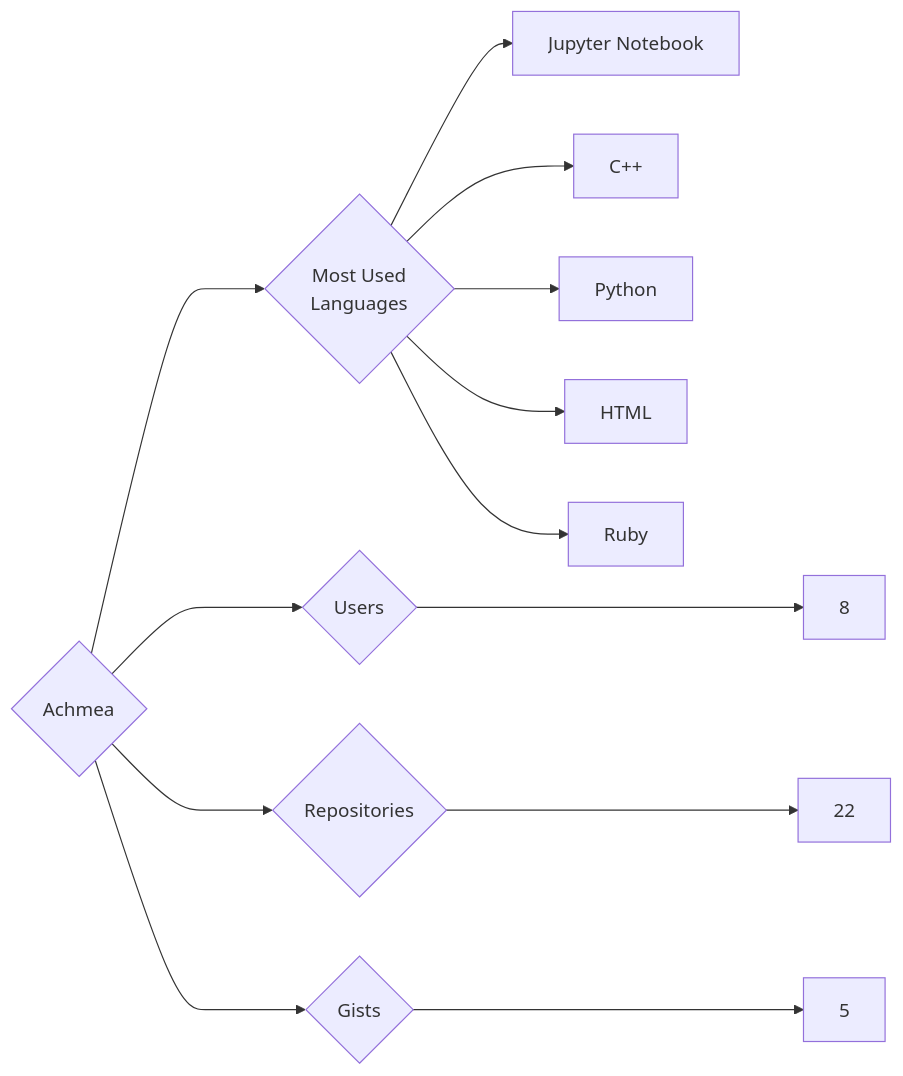
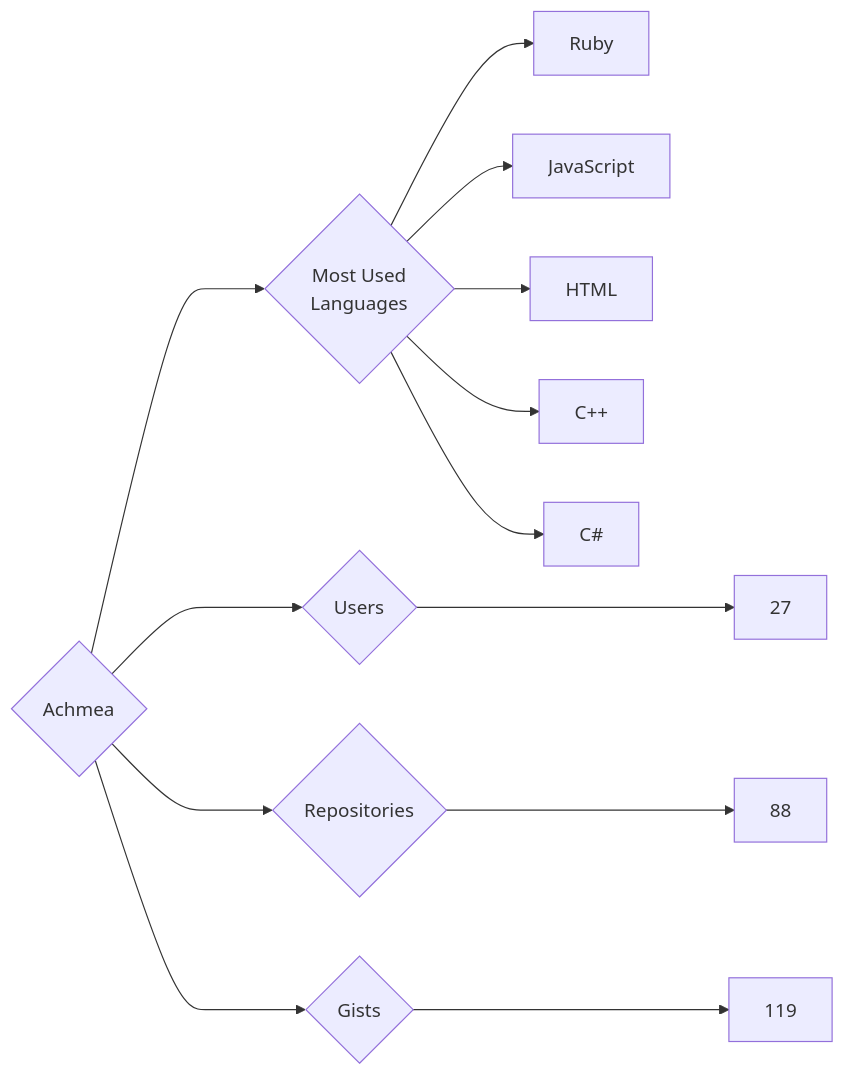
One commit to trickest/insiders changed the diagram in targets/Achmea/README.md. Above: the diagram before and after it, drawn with Mermaid. The commit also changed 814 other files, not shown here.

````diff
--- a/targets/Achmea/README.md
+++ b/targets/Achmea/README.md
@@ -3,13 +3,13 @@
 ```mermaid
 graph LR
 COMPANY_NAME{Achmea}
-COMPANY_NAME ---> U{Users} ---> UN[8]
-COMPANY_NAME ---> R{Repositories} ---> RN[22]
-COMPANY_NAME ---> G{Gists} ---> GN[5]
+COMPANY_NAME ---> U{Users} ---> UN[27]
+COMPANY_NAME ---> R{Repositories} ---> RN[88]
+COMPANY_NAME ---> G{Gists} ---> GN[119]
 COMPANY_NAME ---> ML{Most Used<br>Languages}
-ML --> Jupyter_Notebook[Jupyter Notebook]
+ML --> Ruby[Ruby]
+ML --> JavaScript[JavaScript]
+ML --> HTML[HTML]
 ML --> C++[C++]
-ML --> Python[Python]
-ML --> HTML[HTML]
-ML --> Ruby[Ruby]
+ML --> C#[C#]
 ```
````
